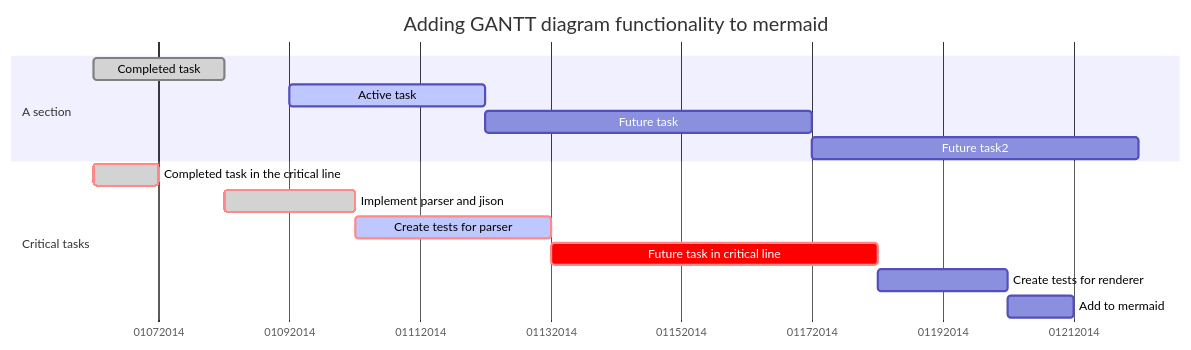
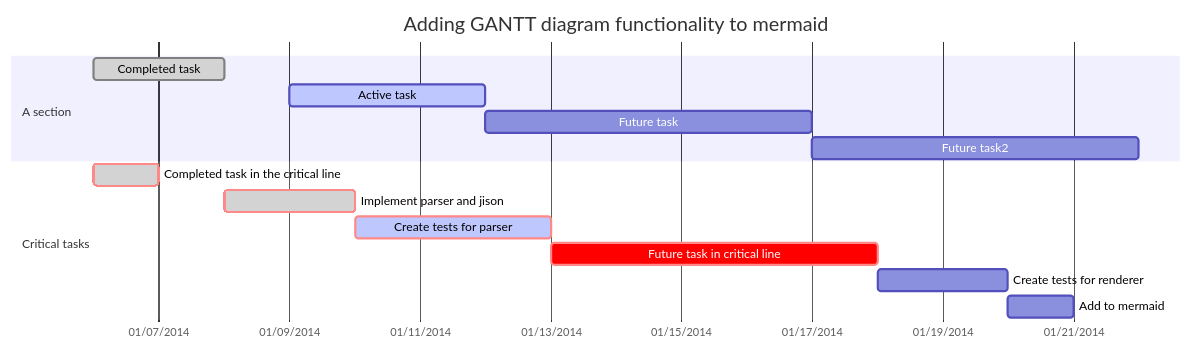
The third of 3 diagrams in _posts/2019-01-08-computer-解决流程图支持问题.md (montanus2019/montanus2019.github.io), drawn with Mermaid before and after one commit. The commit also changed other lines of this file, not shown here.

Commit message:
甘特图x轴格式

```diff
--- a/_posts/2019-01-08-computer-解决流程图支持问题.md
+++ b/_posts/2019-01-08-computer-解决流程图支持问题.md
@@ -112,18 +112,18 @@
 <div class="mermaid">
 gantt 
         dateFormat YYYY-MM-DD 
-        axisFormat %m%d%Y
+        axisFormat %m/%d/%Y
         title Adding GANTT diagram functionality to mermaid 
         section A section 
         Completed task :done, des1, 2014-01-06,2014-01-08 
         Active task :active, des2, 2014-01-09, 3d 
         Future task : des3, after des2, 5d 
         Future task2 : des4, after des3, 5d 
         section Critical tasks 
         Completed task in the critical line :crit, done, 2014-01-06,24h 
         Implement parser and jison :crit, done, after des1, 2d 
         Create tests for parser :crit, active, 3d 
         Future task in critical line :crit, 5d 
         Create tests for renderer :2d 
         Add to mermaid :1d
 </div>
```
